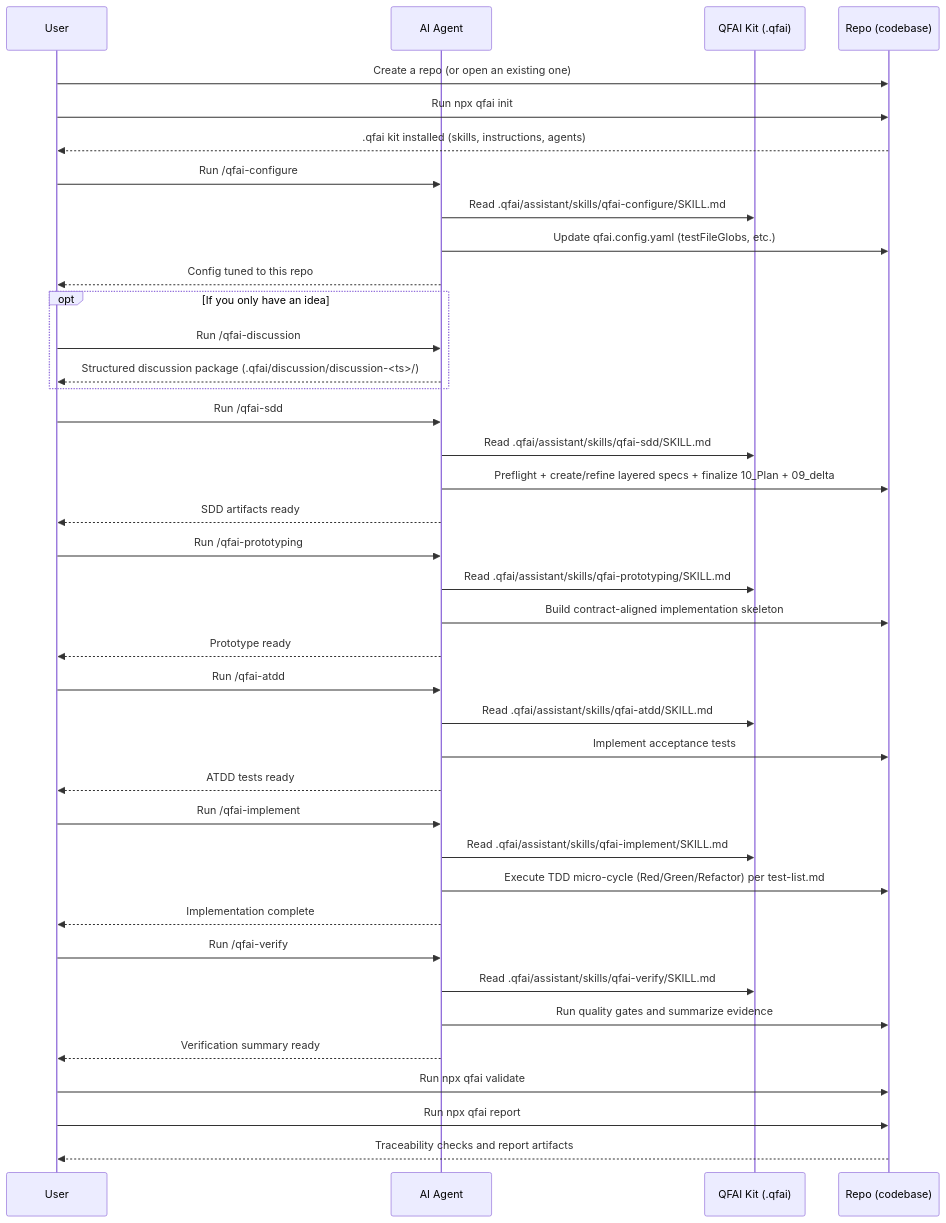
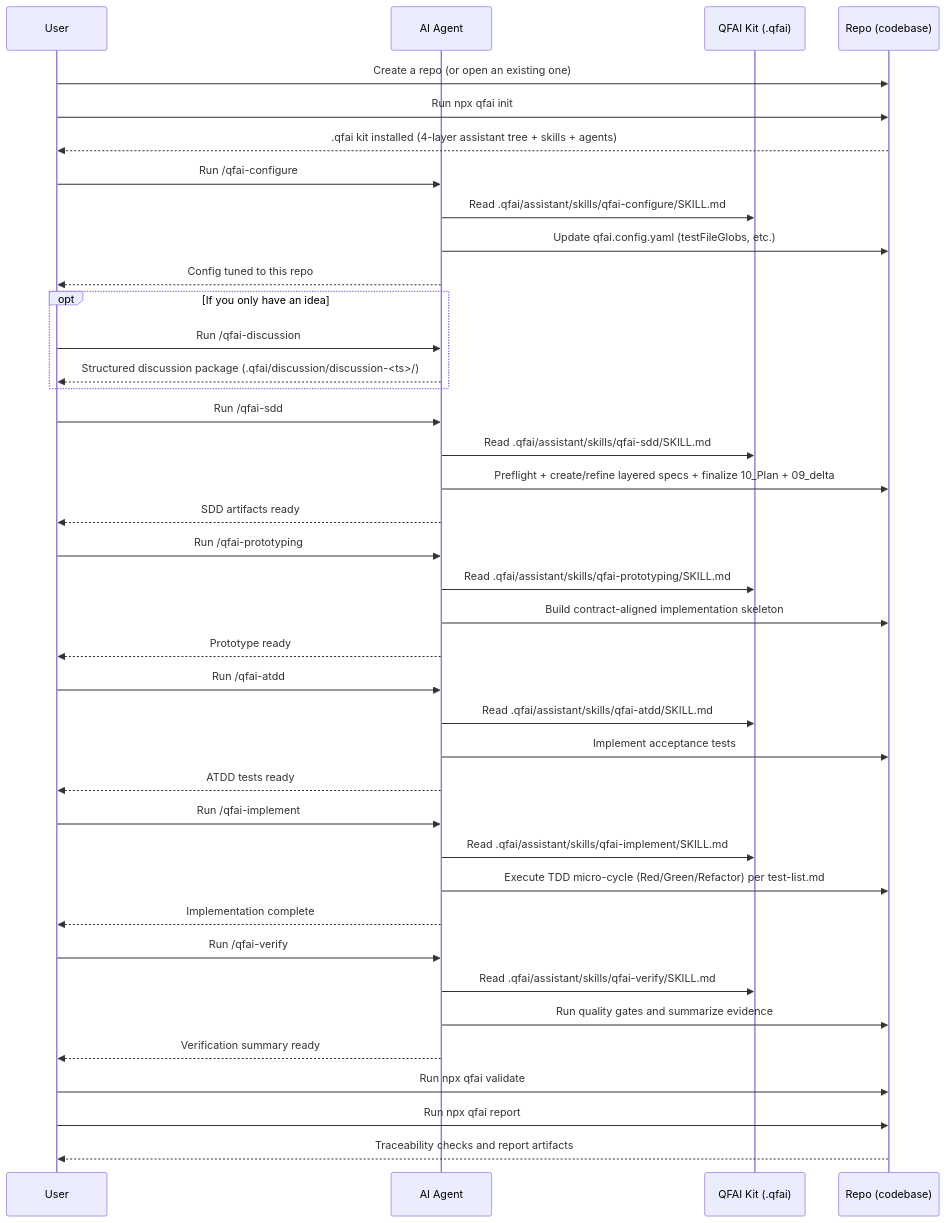
Before and after one commit to aganesy/QFAI: the first of 2 diagrams in README.md, drawn with Mermaid. The commit also changed other lines of this file and 1 other file, not shown here.

First line of the commit message:
docs(qfai): PR #209 wave-23 — sync README layout text-tree + mermaid line to 4-layer (MINOR r3291875148)

````diff
--- a/README.md
+++ b/README.md
@@ -152,50 +152,50 @@
 ```mermaid
 sequenceDiagram
 participant U as User
 participant AG as AI Agent
 participant Q as QFAI Kit (.qfai)
 participant R as Repo (codebase)
 
 U->>R: Create a repo (or open an existing one)
 U->>R: Run npx qfai init
-R-->>U: .qfai kit installed (skills, instructions, agents)
+R-->>U: .qfai kit installed (4-layer assistant tree + skills + agents)
 
 U->>AG: Run /qfai-configure
 AG->>Q: Read .qfai/assistant/skills/qfai-configure/SKILL.md
 AG->>R: Update qfai.config.yaml (testFileGlobs, etc.)
 AG-->>U: Config tuned to this repo
 
 opt If you only have an idea
 U->>AG: Run /qfai-discussion
 AG-->>U: Structured discussion package (.qfai/discussion/discussion-<ts>/)
 end
 
 U->>AG: Run /qfai-sdd
 AG->>Q: Read .qfai/assistant/skills/qfai-sdd/SKILL.md
 AG->>R: Preflight + create/refine layered specs + finalize 10_Plan + 09_delta
 AG-->>U: SDD artifacts ready
 
 U->>AG: Run /qfai-prototyping
 AG->>Q: Read .qfai/assistant/skills/qfai-prototyping/SKILL.md
 AG->>R: Build contract-aligned implementation skeleton
 AG-->>U: Prototype ready
 
 U->>AG: Run /qfai-atdd
 AG->>Q: Read .qfai/assistant/skills/qfai-atdd/SKILL.md
 AG->>R: Implement acceptance tests
 AG-->>U: ATDD tests ready
 
 U->>AG: Run /qfai-implement
 AG->>Q: Read .qfai/assistant/skills/qfai-implement/SKILL.md
 AG->>R: Execute TDD micro-cycle (Red/Green/Refactor) per test-list.md
 AG-->>U: Implementation complete
 
 U->>AG: Run /qfai-verify
 AG->>Q: Read .qfai/assistant/skills/qfai-verify/SKILL.md
 AG->>R: Run quality gates and summarize evidence
 AG-->>U: Verification summary ready
 
 U->>R: Run npx qfai validate
 U->>R: Run npx qfai report
 R-->>U: Traceability checks and report artifacts
 ```
````
